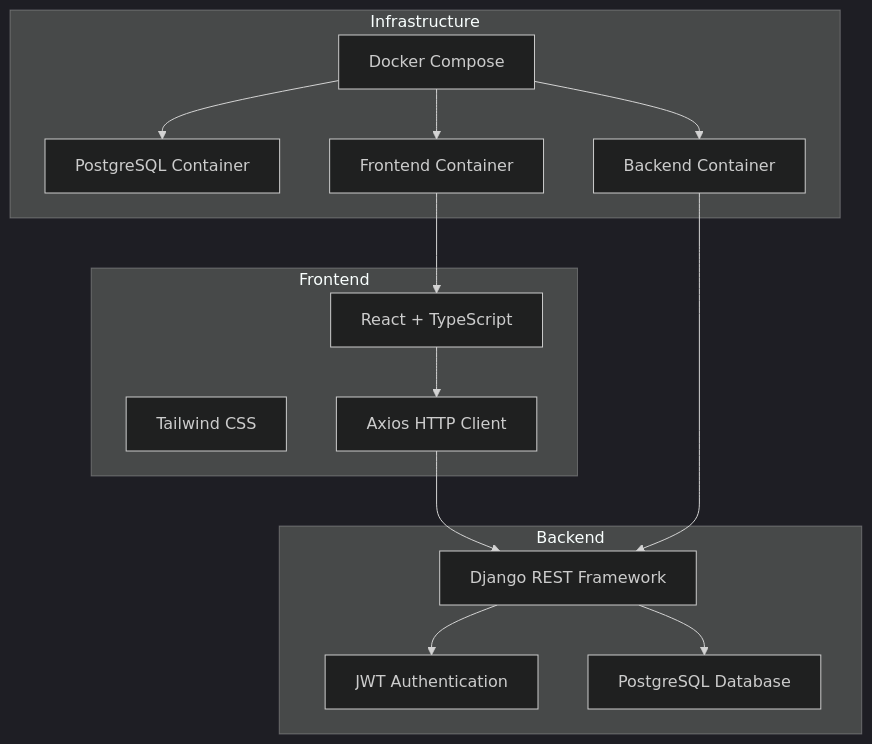
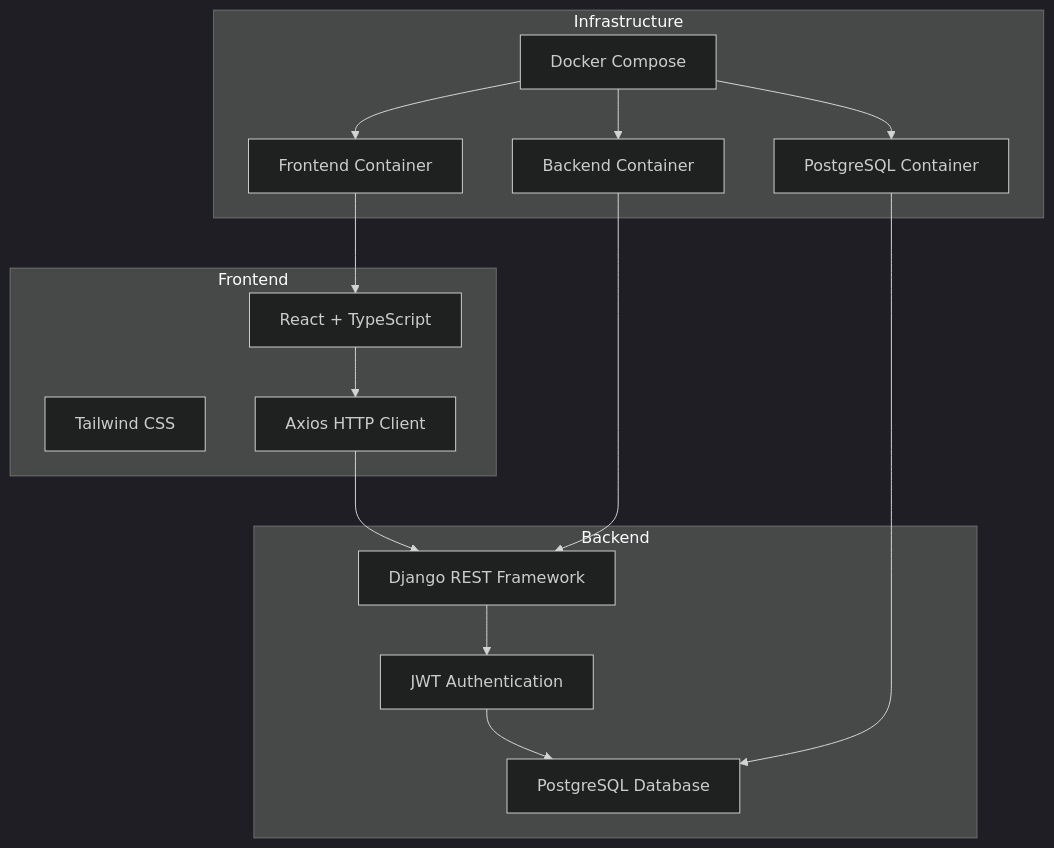
The first of 3 diagrams in README.md (Pdr9/teste-fullstack-hubbi), drawn with Mermaid (dark theme) before and after one commit.

Commit message:
fix: fluxo mermaid

````diff
--- a/README.md
+++ b/README.md
@@ -12,31 +12,32 @@
 ```mermaid
 graph TB
     subgraph Frontend
         A[React + TypeScript]
         B[Tailwind CSS]
         C[Axios HTTP Client]
     end
     
     subgraph Backend
         D[Django REST Framework]
         E[JWT Authentication]
         F[PostgreSQL Database]
     end
     
     subgraph Infrastructure
         G[Docker Compose]
         H[PostgreSQL Container]
         I[Backend Container]
         J[Frontend Container]
     end
     
     A --> C
     C --> D
     D --> E
-    D --> F
+    E --> F
     G --> H
     G --> I
     G --> J
+    H --> F
     I --> D
     J --> A
 ```
````
